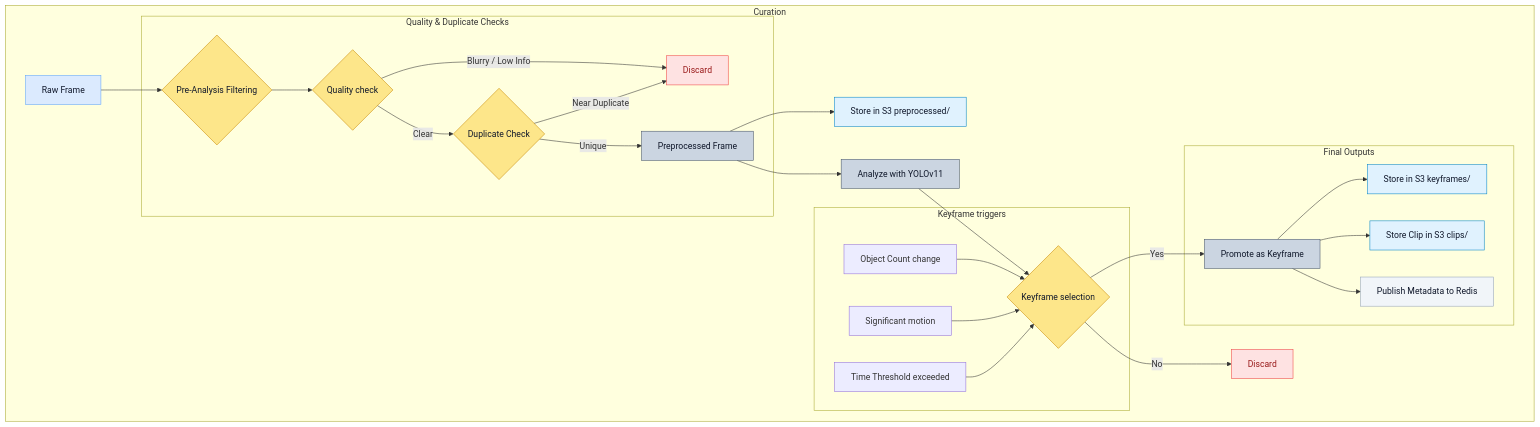
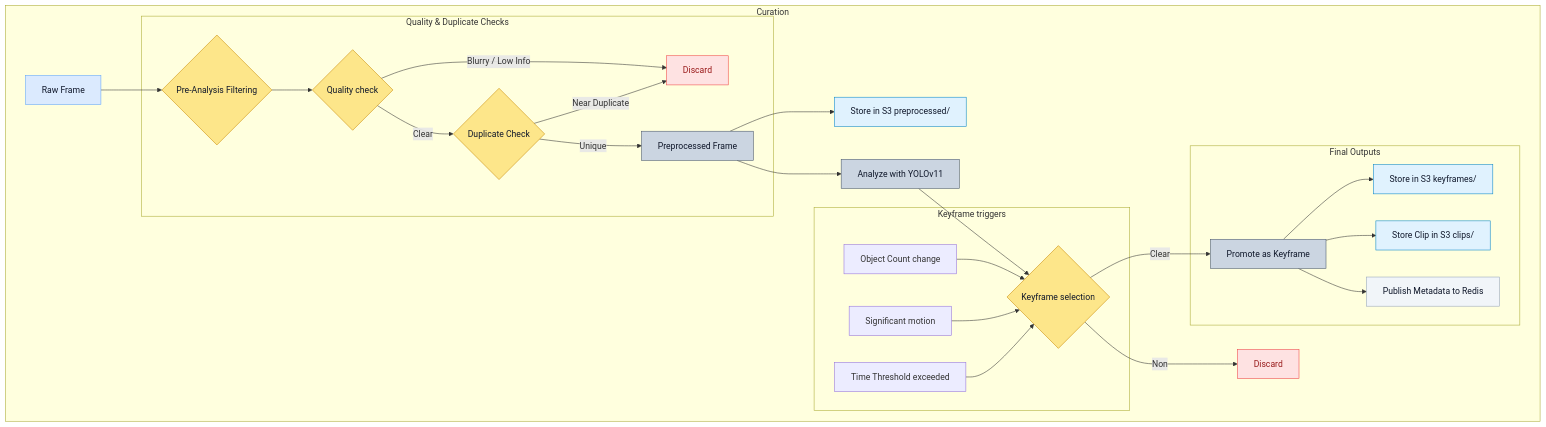
One commit to chpark22/test changed the diagram in Curation (1).mmd. Above: the diagram before and after it, drawn with Mermaid.

Commit message:
Update keyframe promotion options in Curation file

```diff
--- a/Curation (1).mmd
+++ b/Curation (1).mmd
@@ -1,57 +1,57 @@
 %% ==========================================
 %% Curation & Analysis Pipeline
 %% ==========================================
 graph TD
 
     %% ---- Main Pipeline ----
     subgraph "Curation"
 
         A[Raw Frame] --> B{Pre-Analysis Filtering};
 
         %% ---- Quality & Duplicate Checks ----
         subgraph "Quality & Duplicate Checks"
             B --> Q1{Quality check};
             Q1 -- "Blurry / Low Info" --> D[Discard];
             Q1 -- "Clear" --> Q2{Duplicate Check};
             Q2 -- "Near Duplicate" --> D;
             Q2 -- "Unique" --> P[Preprocessed Frame];
         end
 
         P --> S1[Store in S3 preprocessed/];
         P --> C[Analyze with YOLOv11];
 
         C --> K{Keyframe selection};
 
         %% ---- Keyframe Triggers ----
         subgraph "Keyframe triggers"
             T1[Object Count change] --> K;
             T2[Significant motion] --> K;
             T3[Time Threshold exceeded] --> K;
         end
 
-        K -- "Yes" --> KF[Promote as Keyframe];
-        K -- "No" --> K_Discard[Discard];
+        K -- "Clear" --> KF[Promote as Keyframe];
+        K -- "Non" --> K_Discard[Discard];
 
         %% ---- Final Outputs ----
         subgraph "Final Outputs"
             KF --> S2[Store in S3 keyframes/];
             KF --> S3[Store Clip in S3 clips/];
             KF --> M[Publish Metadata to Redis];
         end
     end
 
     %% ---- Styling ----
     classDef input fill:#dbeafe,stroke:#60a5fa,color:#0f172a;
     classDef process fill:#cbd5e1,stroke:#475569,color:#0f172a;
     classDef decision fill:#fde68a,stroke:#ca8a04,color:#0f172a;
     classDef output fill:#f1f5f9,stroke:#94a3b8,color:#0f172a;
     classDef discard fill:#fee2e2,stroke:#ef4444,color:#991b1b;
     classDef store fill:#e0f2fe,stroke:#0284c7,color:#0f172a;
 
     class A input;
     class B decision;
     class Q1,Q2,K decision;
     class P,C,KF process;
     class D,K_Discard discard;
     class S1,S2,S3 store;
     class M output;
```
